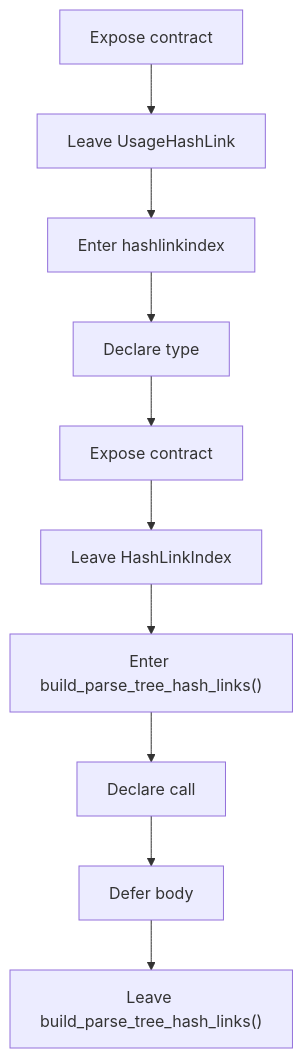
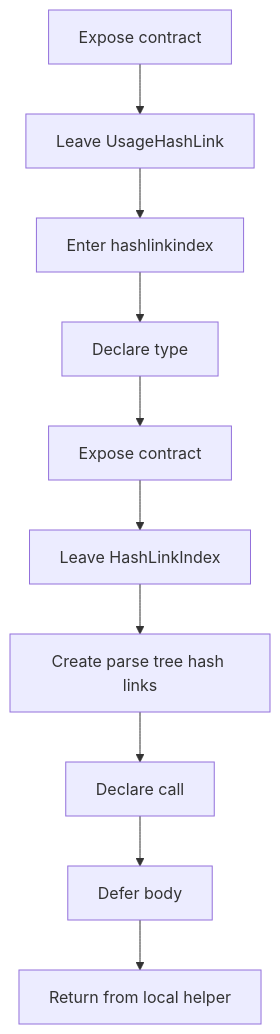
Before and after one commit to JohnAndrewBalbarosa/NeoTerritory: the third of 4 diagrams in docs/Codebase/Microservice/Modules/Header/SyntacticBrokenAST/HashingMechanism/HashLinks/Flow/parse_tree_hash_links_program_flow.hpp.md, drawn with Mermaid. The commit also changed other lines of this file and 915 other files, not shown here.

````diff
--- a/docs/Codebase/Microservice/Modules/Header/SyntacticBrokenAST/HashingMechanism/HashLinks/Flow/parse_tree_hash_links_program_flow.hpp.md
+++ b/docs/Codebase/Microservice/Modules/Header/SyntacticBrokenAST/HashingMechanism/HashLinks/Flow/parse_tree_hash_links_program_flow.hpp.md
@@ -67,22 +67,22 @@
 ```mermaid
 flowchart TD
     N0["Expose contract"]
     N1["Leave UsageHashLink"]
     N2["Enter hashlinkindex"]
     N3["Declare type"]
     N4["Expose contract"]
     N5["Leave HashLinkIndex"]
-    N6["Enter build_parse_tree_hash_links()"]
+    N6["Create parse tree hash links"]
     N7["Declare call"]
     N8["Defer body"]
-    N9["Leave build_parse_tree_hash_links()"]
+    N9["Return from local helper"]
     N0 --> N1
     N1 --> N2
     N2 --> N3
     N3 --> N4
     N4 --> N5
     N5 --> N6
     N6 --> N7
     N7 --> N8
     N8 --> N9
 ```
````
